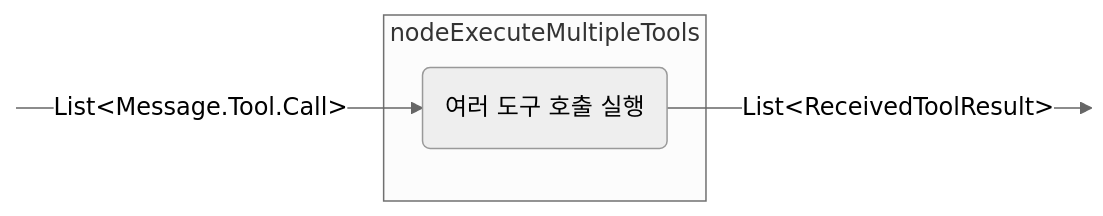
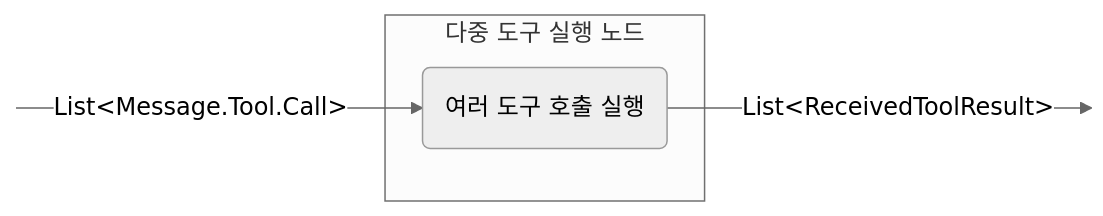
Before and after one commit to BinaryTape/Open-Docs: diagram 13 of 15 in docs/ko/koog/nodes-and-components.md, drawn with Mermaid (neutral theme). The commit also changed other lines of this file and 164 other files, not shown here.

````diff
--- a/docs/ko/koog/nodes-and-components.md
+++ b/docs/ko/koog/nodes-and-components.md
@@ -708,13 +707,13 @@
 ```mermaid
 graph LR
     in:::hidden
     out:::hidden
     
-    subgraph node ["nodeExecuteMultipleTools"]
+    subgraph node ["다중 도구 실행 노드"]
         execute(여러 도구 호출 실행)
     end
     
     in -- "List&lt;Message.Tool.Call&gt;" --> execute -- "List&lt;ReceivedToolResult&gt;" --> out
 
     classDef hidden display: none;
 ```
````
